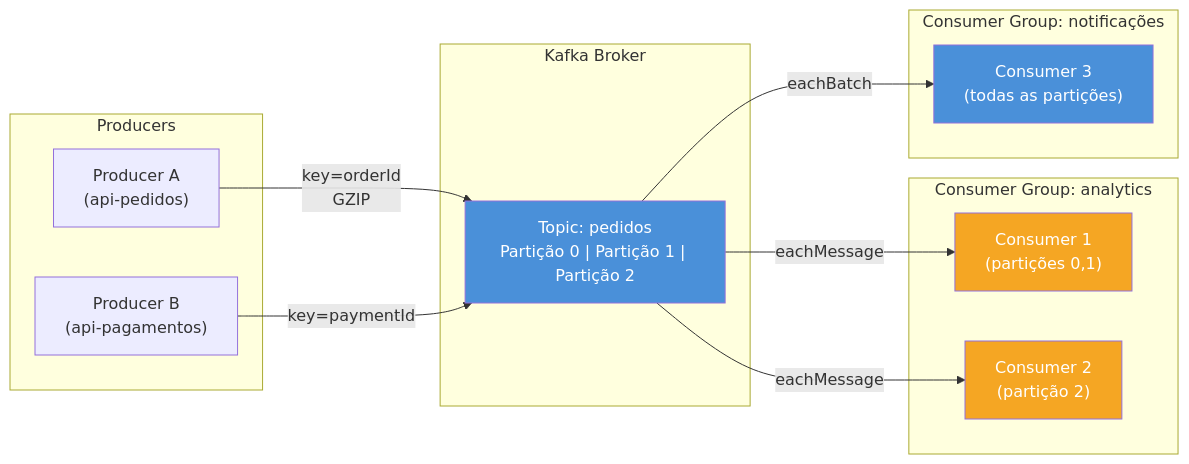
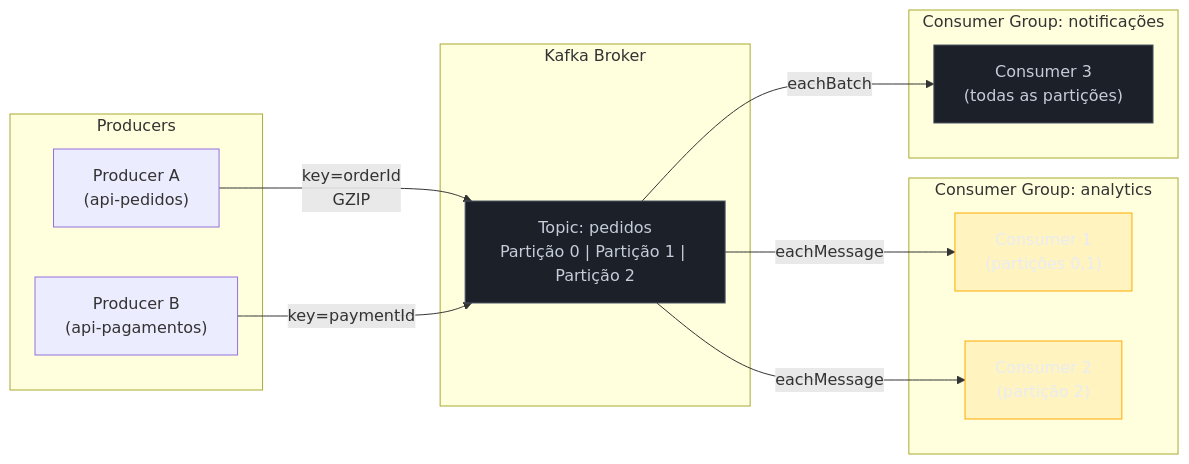
The diagram in 03-Dominios/Tecnologia/Node/Integrações/04 - Kafka com kafkajs.md (josenaldo/codex-technomanticus), drawn with Mermaid before and after one commit. The commit also changed 1181 other files, not shown here.

First line of the commit message:
fix(diagramas): paleta do sistema no lugar de cor cravada no markdown

````diff
--- a/03-Dominios/Tecnologia/Node/Integrações/04 - Kafka com kafkajs.md
+++ b/03-Dominios/Tecnologia/Node/Integrações/04 - Kafka com kafkajs.md
@@ -38,31 +38,33 @@
 ```mermaid
 flowchart LR
+    classDef neutro fill:#1B2029,stroke:#4E5666,color:#C6CCD8
+    classDef destaque fill:#FFAA0024,stroke:#FFAA00,color:#E9ECF2
     subgraph Producers
         P1["Producer A\n(api-pedidos)"]
         P2["Producer B\n(api-pagamentos)"]
     end
 
     subgraph Kafka Broker
         T["Topic: pedidos\nPartição 0 | Partição 1 | Partição 2"]
     end
 
     subgraph "Consumer Group: analytics"
         C1["Consumer 1\n(partições 0,1)"]
         C2["Consumer 2\n(partição 2)"]
     end
 
     subgraph "Consumer Group: notificações"
         C3["Consumer 3\n(todas as partições)"]
     end
 
     P1 -->|"key=orderId\nGZIP"| T
     P2 -->|"key=paymentId"| T
     T -->|"eachMessage"| C1
     T -->|"eachMessage"| C2
     T -->|"eachBatch"| C3
 
-    style T fill:#4A90D9,color:#fff
-    style C1 fill:#F5A623,color:#fff
-    style C2 fill:#F5A623,color:#fff
-    style C3 fill:#4A90D9,color:#fff
+    class T neutro
+    class C1 destaque
+    class C2 destaque
+    class C3 neutro
 ```
````
